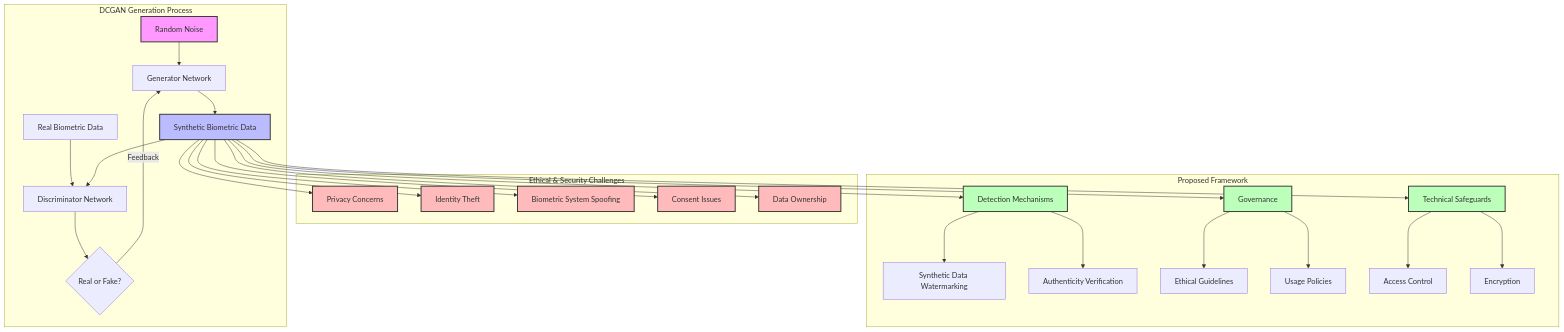
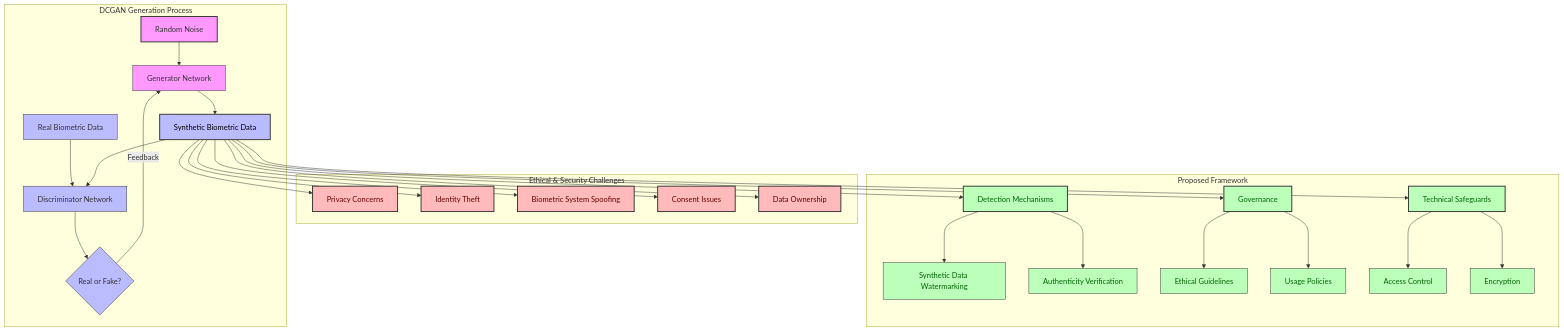
Before and after one commit to TusharVaibhavK/MAHE-Research-DCGAN: the diagram in README.md, drawn with Mermaid.

Commit message:
font changed in README.md chart

````diff
--- a/README.md
+++ b/README.md
@@ -71,43 +71,53 @@
 ```mermaid
 graph TD
     subgraph "DCGAN Generation Process"
         A[Random Noise] --> B[Generator Network]
         B --> C[Synthetic Biometric Data]
         D[Real Biometric Data] --> E[Discriminator Network]
         C --> E
         E --> F{Real or Fake?}
         F --> |Feedback| B
     end
     
     subgraph "Ethical & Security Challenges"
         C --> G[Privacy Concerns]
         C --> H[Identity Theft]
         C --> I[Biometric System Spoofing]
         C --> J[Consent Issues]
         C --> K[Data Ownership]
     end
     
     subgraph "Proposed Framework"
         L[Detection Mechanisms] --> M[Synthetic Data Watermarking]
         L --> N[Authenticity Verification]
         O[Governance] --> P[Ethical Guidelines]
         O --> Q[Usage Policies]
         R[Technical Safeguards] --> S[Access Control]
         R --> T[Encryption]
     end
     
     C --> L
     C --> O
     C --> R
     
-    style A fill:#f9f,stroke:#333,stroke-width:2px
-    style C fill:#bbf,stroke:#333,stroke-width:2px
-    style G fill:#fbb,stroke:#333,stroke-width:2px
-    style H fill:#fbb,stroke:#333,stroke-width:2px
-    style I fill:#fbb,stroke:#333,stroke-width:2px
-    style J fill:#fbb,stroke:#333,stroke-width:2px
-    style K fill:#fbb,stroke:#333,stroke-width:2px
-    style L fill:#bfb,stroke:#333,stroke-width:2px
-    style O fill:#bfb,stroke:#333,stroke-width:2px
-    style R fill:#bfb,stroke:#333,stroke-width:2px
+    style A fill:#f9f,stroke:#333,stroke-width:2px,color:#333
+    style B fill:#f9f,stroke:#333,stroke-width:1px,color:#333
+    style C fill:#bbf,stroke:#333,stroke-width:2px,color:#000
+    style D fill:#bbf,stroke:#333,stroke-width:1px,color:#333
+    style E fill:#bbf,stroke:#333,stroke-width:1px,color:#333
+    style F fill:#bbf,stroke:#333,stroke-width:1px,color:#333
+    style G fill:#fbb,stroke:#333,stroke-width:2px,color:#600
+    style H fill:#fbb,stroke:#333,stroke-width:2px,color:#600
+    style I fill:#fbb,stroke:#333,stroke-width:2px,color:#600
+    style J fill:#fbb,stroke:#333,stroke-width:2px,color:#600
+    style K fill:#fbb,stroke:#333,stroke-width:2px,color:#600
+    style L fill:#bfb,stroke:#333,stroke-width:2px,color:#060
+    style M fill:#bfb,stroke:#333,stroke-width:1px,color:#060
+    style N fill:#bfb,stroke:#333,stroke-width:1px,color:#060
+    style O fill:#bfb,stroke:#333,stroke-width:2px,color:#060
+    style P fill:#bfb,stroke:#333,stroke-width:1px,color:#060
+    style Q fill:#bfb,stroke:#333,stroke-width:1px,color:#060
+    style R fill:#bfb,stroke:#333,stroke-width:2px,color:#060
+    style S fill:#bfb,stroke:#333,stroke-width:1px,color:#060
+    style T fill:#bfb,stroke:#333,stroke-width:1px,color:#060
 ```
````
